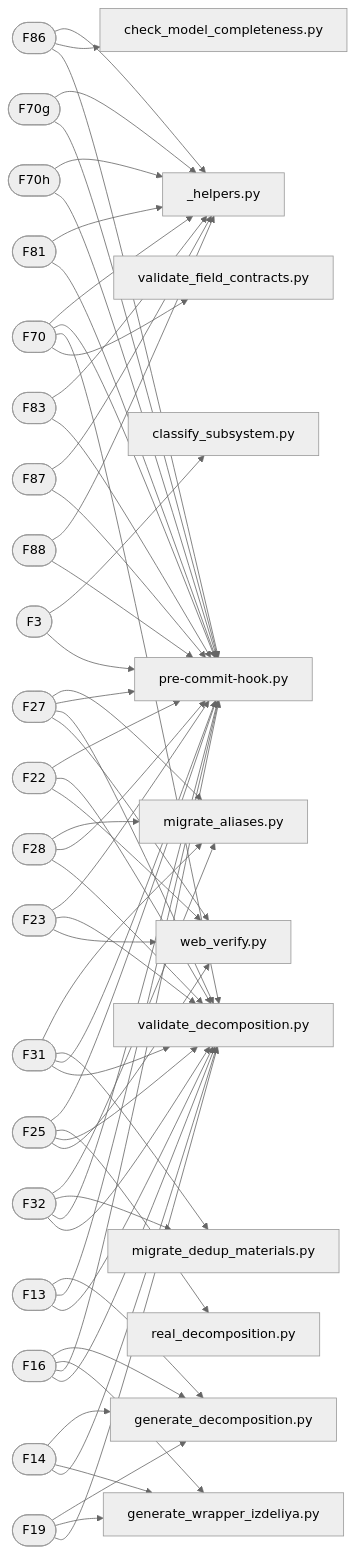
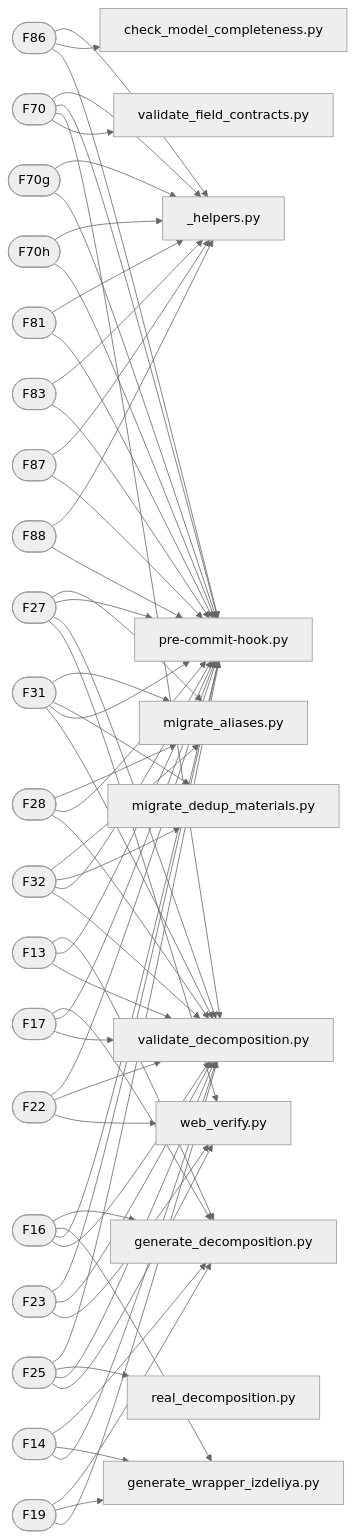
One commit to a-m-e-n-t-e-t/SkyNet changed the diagram in graphs/mermaid/graph3_traceability.md. Above: the diagram before and after it, drawn with Mermaid (neutral theme). The commit also changed other lines of this file and 15 other files, not shown here.

````diff
--- a/graphs/mermaid/graph3_traceability.md
+++ b/graphs/mermaid/graph3_traceability.md
@@ -77,6 +77,13 @@
     F14 --> script_generate_wrapper_izdeliya_py
     script_validate_decomposition_py[validate_decomposition.py]
     F14 --> script_validate_decomposition_py
+    F17([F17])
+    script_generate_decomposition_py[generate_decomposition.py]
+    F17 --> script_generate_decomposition_py
+    script_pre-commit-hook_py[pre-commit-hook.py]
+    F17 --> script_pre-commit-hook_py
+    script_validate_decomposition_py[validate_decomposition.py]
+    F17 --> script_validate_decomposition_py
     F19([F19])
     script_generate_decomposition_py[generate_decomposition.py]
     F19 --> script_generate_decomposition_py
@@ -135,9 +142,4 @@
     F88 --> script__helpers_py
     script_pre-commit-hook_py[pre-commit-hook.py]
     F88 --> script_pre-commit-hook_py
-    F3([F3])
-    script_classify_subsystem_py[classify_subsystem.py]
-    F3 --> script_classify_subsystem_py
-    script_pre-commit-hook_py[pre-commit-hook.py]
-    F3 --> script_pre-commit-hook_py
 ```
````
